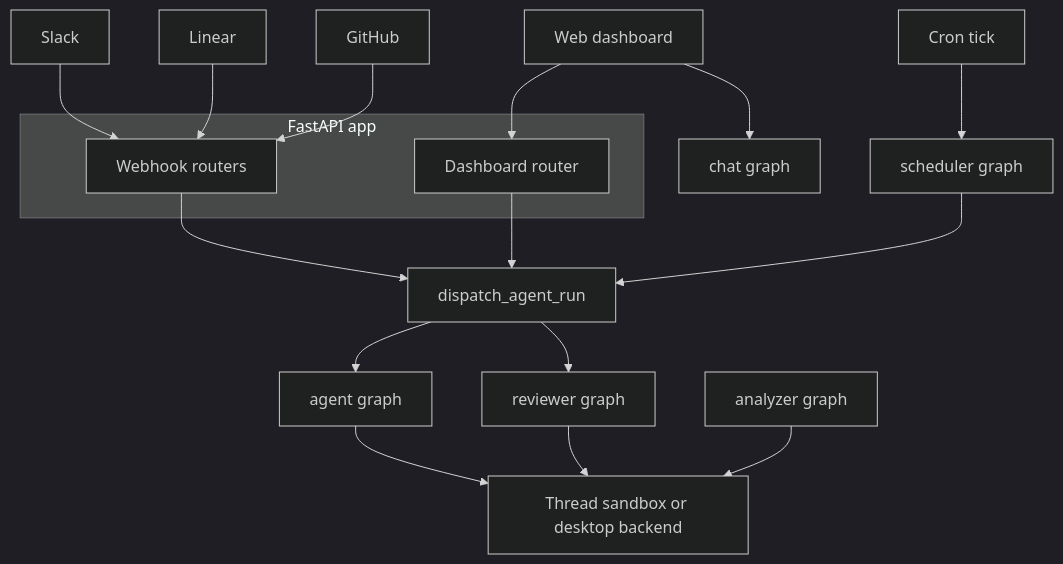
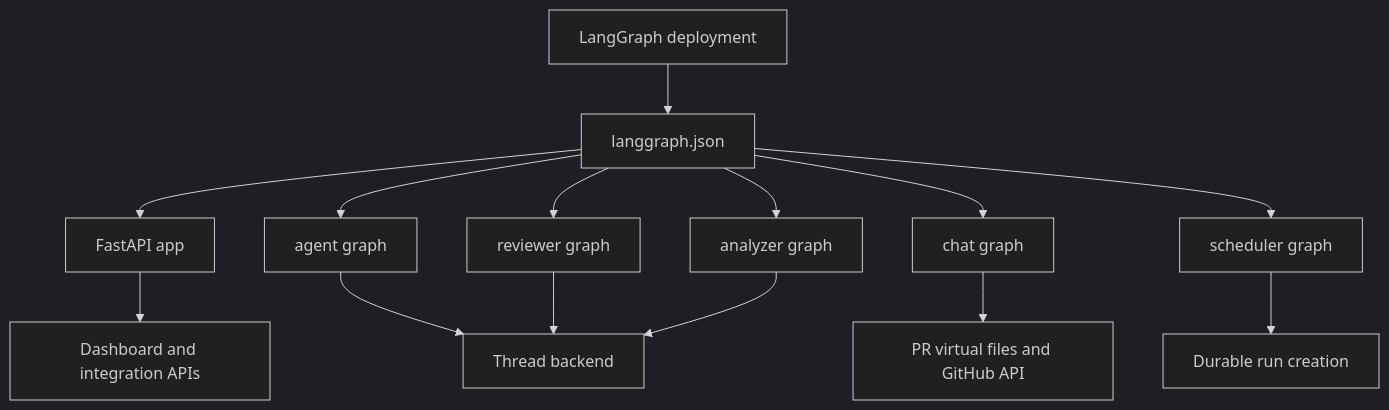
The first of 2 diagrams in openwiki/architecture/overview.md (langchain-ai/open-swe), drawn with Mermaid (dark theme) before and after one commit. The commit also changed other lines of this file and 51 other files, not shown here.

````diff
--- a/openwiki/architecture/overview.md
+++ b/openwiki/architecture/overview.md
@@ -75,23 +81,16 @@
 ```mermaid
 flowchart TD
-  Slack["Slack"] --> Webhooks["Webhook routers"]
-  Linear["Linear"] --> Webhooks
-  GitHub["GitHub"] --> Webhooks
-  Browser["Web dashboard"] --> Dashboard["Dashboard router"]
-  Cron["Cron tick"] --> Scheduler["scheduler graph"]
-
-  subgraph App["FastAPI app"]
-    Webhooks
-    Dashboard
-  end
-
-  Webhooks --> Dispatch["dispatch_agent_run"]
-  Dashboard --> Dispatch
-  Scheduler --> Dispatch
-  Dispatch --> Agent["agent graph"]
-  Dispatch --> Reviewer["reviewer graph"]
-  Agent --> Backend["Thread sandbox or desktop backend"]
+  Deploy["LangGraph deployment"] --> Manifest["langgraph.json"]
+  Manifest --> API["FastAPI app"]
+  Manifest --> Agent["agent graph"]
+  Manifest --> Reviewer["reviewer graph"]
+  Manifest --> Analyzer["analyzer graph"]
+  Manifest --> Chat["chat graph"]
+  Manifest --> Scheduler["scheduler graph"]
+  API --> ProductAPI["Dashboard and integration APIs"]
+  Agent --> Backend["Thread backend"]
   Reviewer --> Backend
-  Analyzer["analyzer graph"] --> Backend
-  Browser --> Chat["chat graph"]
+  Analyzer --> Backend
+  Chat --> PRContext["PR virtual files and GitHub API"]
+  Scheduler --> Durable["Durable run creation"]
 ```
````
